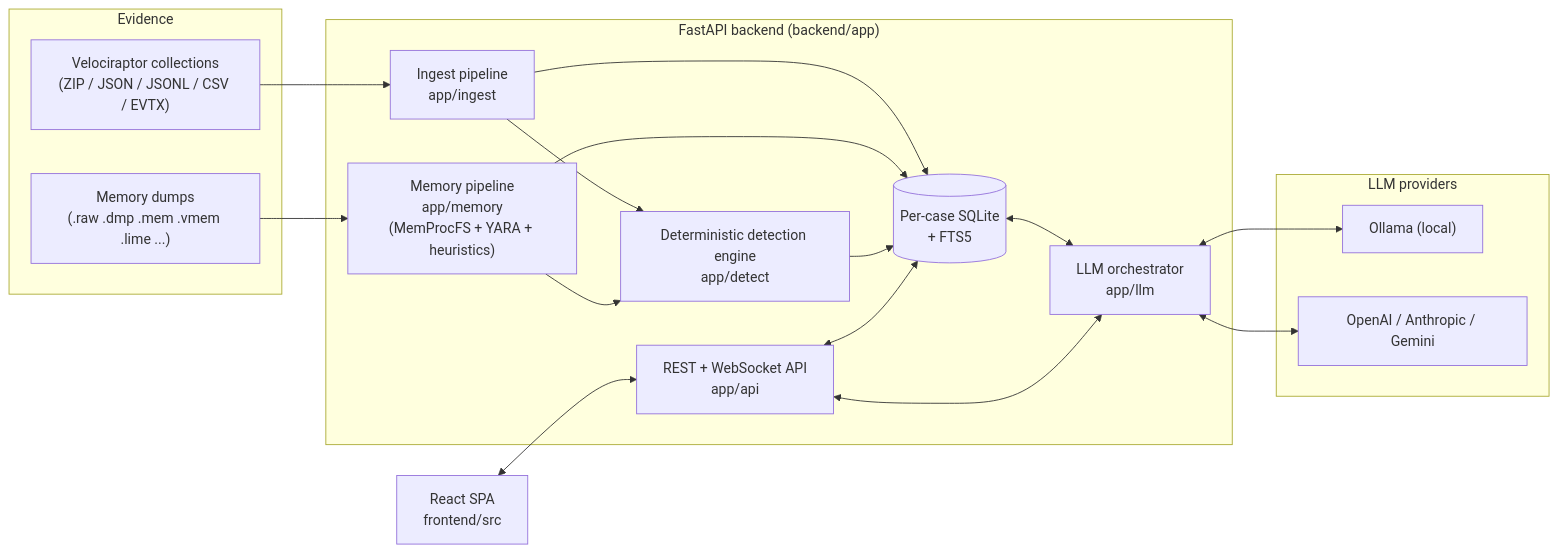
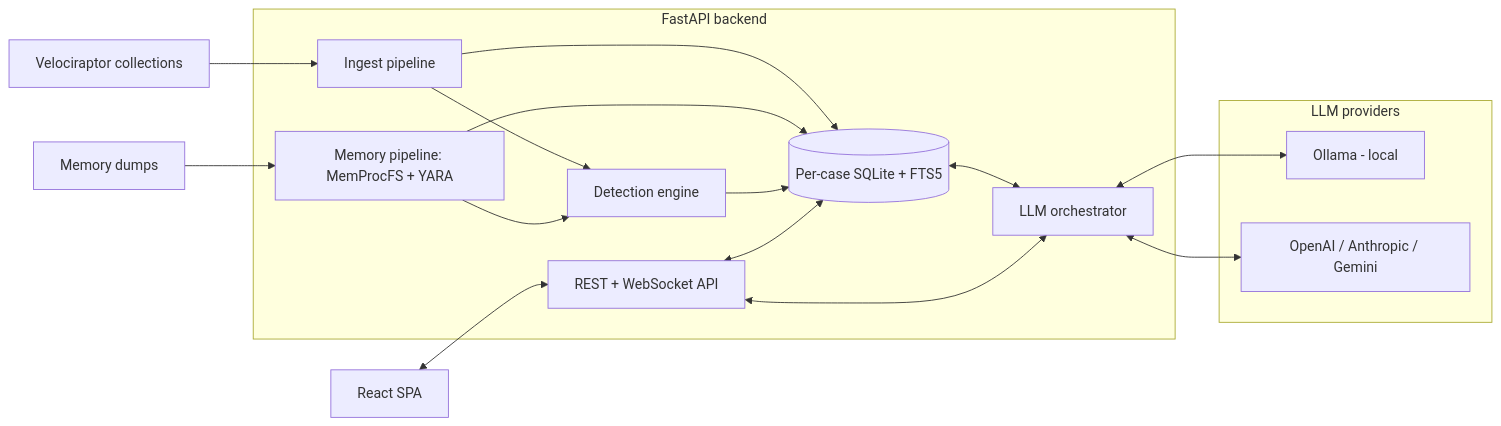
Before and after one commit to Telepatya/Investigator: the first of 2 diagrams in docs/ARCHITECTURE.md, drawn with Mermaid. The commit also changed other lines of this file, not shown here.

Commit message:
Fix mermaid diagrams not rendering on GitHub
Simplify both diagrams to single-line labels without HTML line breaks
and plain subgraph titles, which GitHub's mermaid renderer failed on.
The detail dropped from node labels now lives in a caption under the
overview diagram. Both blocks validated with mermaid-cli 11.16.

Claude-Session: https://claude.ai/code/session_01FbhFw7Yz7P7srmeDr6xuBg

````diff
--- a/docs/ARCHITECTURE.md
+++ b/docs/ARCHITECTURE.md
@@ -31,35 +31,35 @@
 ```mermaid
 flowchart LR
-    subgraph Evidence
-        VR["Velociraptor collections<br/>(ZIP / JSON / JSONL / CSV / EVTX)"]
-        MEM["Memory dumps<br/>(.raw .dmp .mem .vmem .lime ...)"]
+    VR["Velociraptor collections"]
+    MEMDUMP["Memory dumps"]
+
+    subgraph BE["FastAPI backend"]
+        ING["Ingest pipeline"]
+        MEMP["Memory pipeline: MemProcFS + YARA"]
+        DET["Detection engine"]
+        DB[("Per-case SQLite + FTS5")]
+        LLM["LLM orchestrator"]
+        API["REST + WebSocket API"]
     end
 
-    subgraph Backend["FastAPI backend (backend/app)"]
-        ING["Ingest pipeline<br/>app/ingest"]
-        MEMP["Memory pipeline<br/>app/memory<br/>(MemProcFS + YARA + heuristics)"]
-        DET["Deterministic detection engine<br/>app/detect"]
-        DB[("Per-case SQLite<br/>+ FTS5")]
-        LLM["LLM orchestrator<br/>app/llm"]
-        API["REST + WebSocket API<br/>app/api"]
-    end
-
-    subgraph Providers["LLM providers"]
-        OLL["Ollama (local)"]
+    subgraph PROV["LLM providers"]
+        OLL["Ollama - local"]
         EXT["OpenAI / Anthropic / Gemini"]
     end
 
-    UI["React SPA<br/>frontend/src"]
+    UI["React SPA"]
 
-    VR --> ING --> DB
-    MEM --> MEMP --> DB
+    VR --> ING
+    MEMDUMP --> MEMP
+    ING --> DB
+    MEMP --> DB
     ING --> DET
     MEMP --> DET
     DET --> DB
     DB <--> LLM
     LLM <--> OLL
     LLM <--> EXT
     API <--> DB
     API <--> LLM
     UI <--> API
 ```
````
